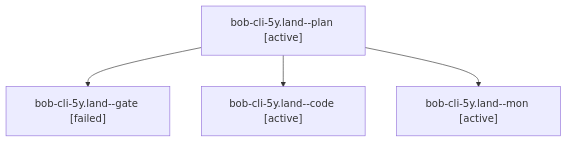
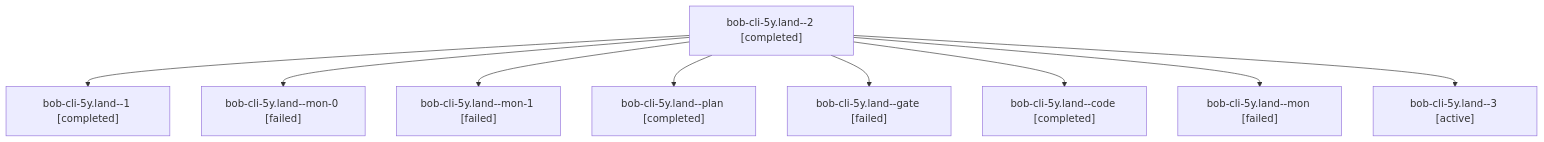
The diagram in sessions/bbugyi200.athena.bob-cli-5y.land.md (bobs-org/bob-cli--agents), drawn with Mermaid before and after one commit. The commit also changed other lines of this file and 75 other files, not shown here.

````diff
--- a/sessions/bbugyi200.athena.bob-cli-5y.land.md
+++ b/sessions/bbugyi200.athena.bob-cli-5y.land.md
@@ -9,10 +9,20 @@
 ```mermaid
 flowchart TD
-  n0["bob-cli-5y.land--plan [active]"]
-  n1["bob-cli-5y.land--gate [failed]"]
+  n0["bob-cli-5y.land--2 [completed]"]
+  n1["bob-cli-5y.land--1 [completed]"]
   n0 --> n1
-  n2["bob-cli-5y.land--code [active]"]
+  n2["bob-cli-5y.land--mon-0 [failed]"]
   n0 --> n2
-  n3["bob-cli-5y.land--mon [active]"]
+  n3["bob-cli-5y.land--mon-1 [failed]"]
   n0 --> n3
+  n4["bob-cli-5y.land--plan [completed]"]
+  n0 --> n4
+  n5["bob-cli-5y.land--gate [failed]"]
+  n0 --> n5
+  n6["bob-cli-5y.land--code [completed]"]
+  n0 --> n6
+  n7["bob-cli-5y.land--mon [failed]"]
+  n0 --> n7
+  n8["bob-cli-5y.land--3 [active]"]
+  n0 --> n8
 ```
````
